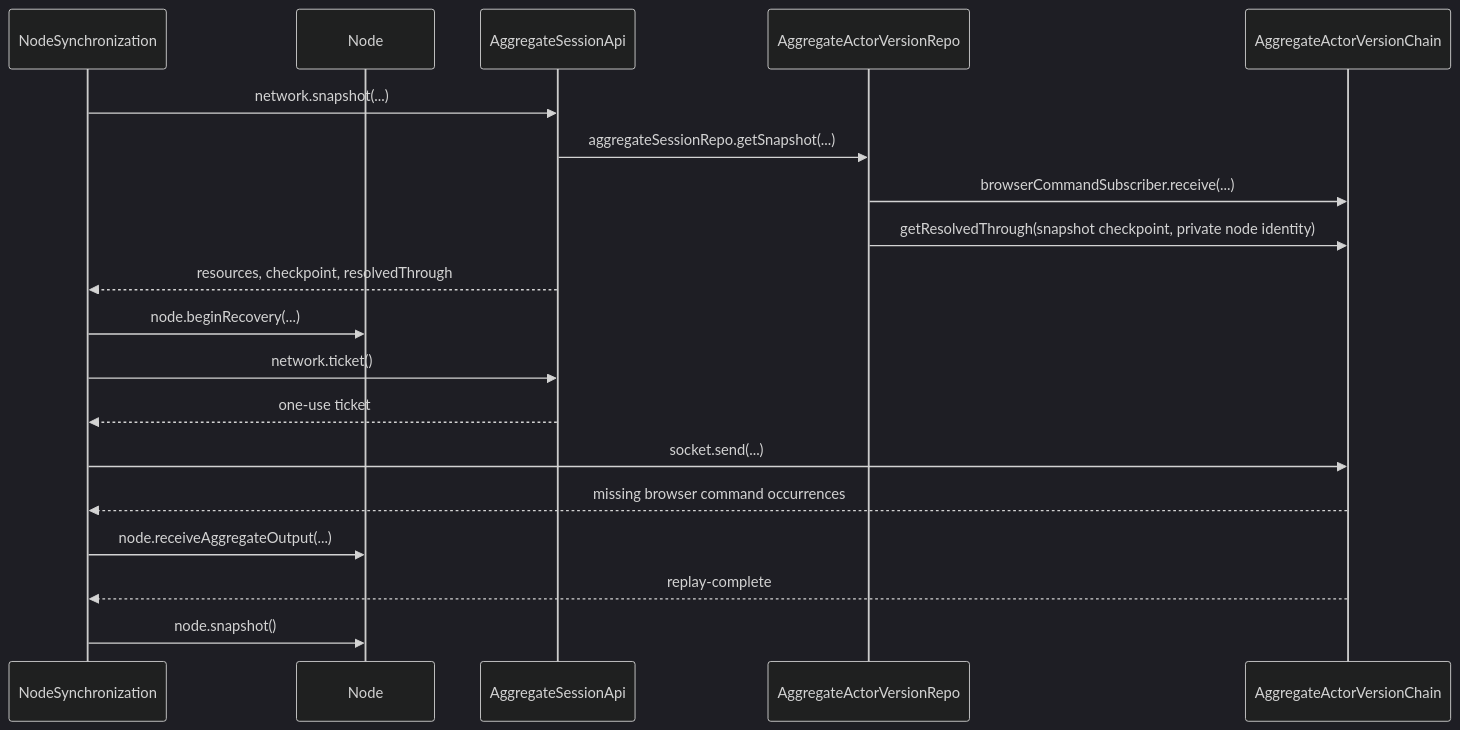
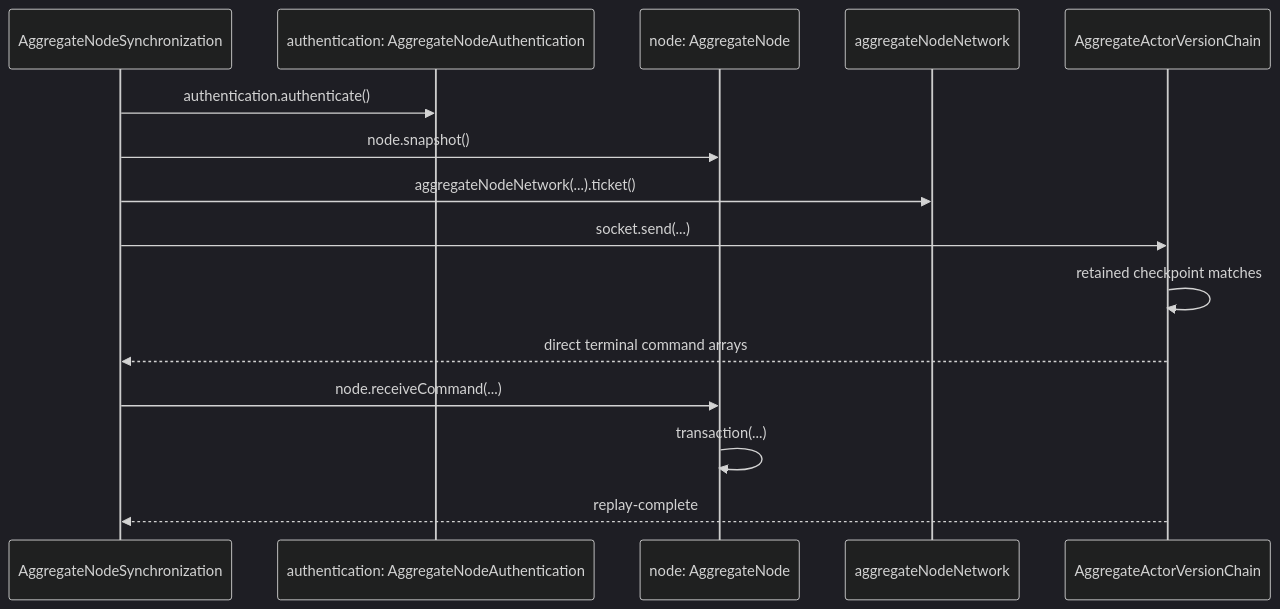
One commit to morgs32/qrk.sh changed the diagram in wiki/architecture/browser/SessionWebSocket.md. Above: the diagram before and after it, drawn with Mermaid (dark theme). The commit also changed other lines of this file and 661 other files, not shown here.

````diff
--- a/wiki/architecture/browser/SessionWebSocket.md
+++ b/wiki/architecture/browser/SessionWebSocket.md
@@ -16,21 +59,17 @@
 ```mermaid
 sequenceDiagram
-  participant NodeSynchronization
-  participant Node
-  participant AggregateSessionApi
-  participant AggregateActorVersionRepo
+  participant AggregateNodeSynchronization
+  participant authentication as authentication: AggregateNodeAuthentication
+  participant node as node: AggregateNode
+  participant aggregateNodeNetwork
   participant AggregateActorVersionChain
-  NodeSynchronization->>AggregateSessionApi: network.snapshot(...)
-  AggregateSessionApi->>AggregateActorVersionRepo: aggregateSessionRepo.getSnapshot(...)
-  AggregateActorVersionRepo->>AggregateActorVersionChain: browserCommandSubscriber.receive(...)
-  AggregateActorVersionRepo->>AggregateActorVersionChain: getResolvedThrough(snapshot checkpoint, private node identity)
-  AggregateSessionApi-->>NodeSynchronization: resources, checkpoint, resolvedThrough
-  NodeSynchronization->>Node: node.beginRecovery(...)
-  NodeSynchronization->>AggregateSessionApi: network.ticket()
-  AggregateSessionApi-->>NodeSynchronization: one-use ticket
-  NodeSynchronization->>AggregateActorVersionChain: socket.send(...)
-  AggregateActorVersionChain-->>NodeSynchronization: missing browser command occurrences
-  NodeSynchronization->>Node: node.receiveAggregateOutput(...)
-  AggregateActorVersionChain-->>NodeSynchronization: replay-complete
-  NodeSynchronization->>Node: node.snapshot()
+  AggregateNodeSynchronization->>authentication: authentication.authenticate()
+  AggregateNodeSynchronization->>node: node.snapshot()
+  AggregateNodeSynchronization->>aggregateNodeNetwork: aggregateNodeNetwork(...).ticket()
+  AggregateNodeSynchronization->>AggregateActorVersionChain: socket.send(...)
+  AggregateActorVersionChain->>AggregateActorVersionChain: retained checkpoint matches
+  AggregateActorVersionChain-->>AggregateNodeSynchronization: direct terminal command arrays
+  AggregateNodeSynchronization->>node: node.receiveCommand(...)
+  node->>node: transaction(...)
+  AggregateActorVersionChain-->>AggregateNodeSynchronization: replay-complete
 ```
````
